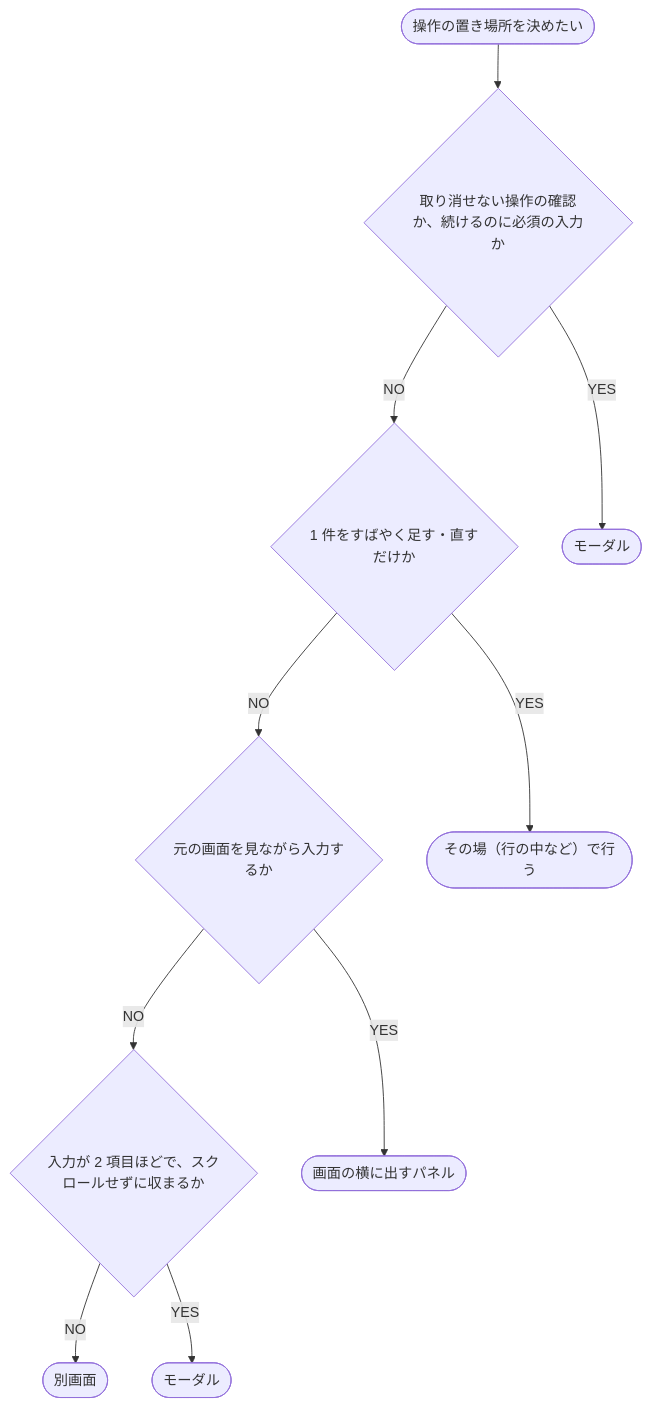
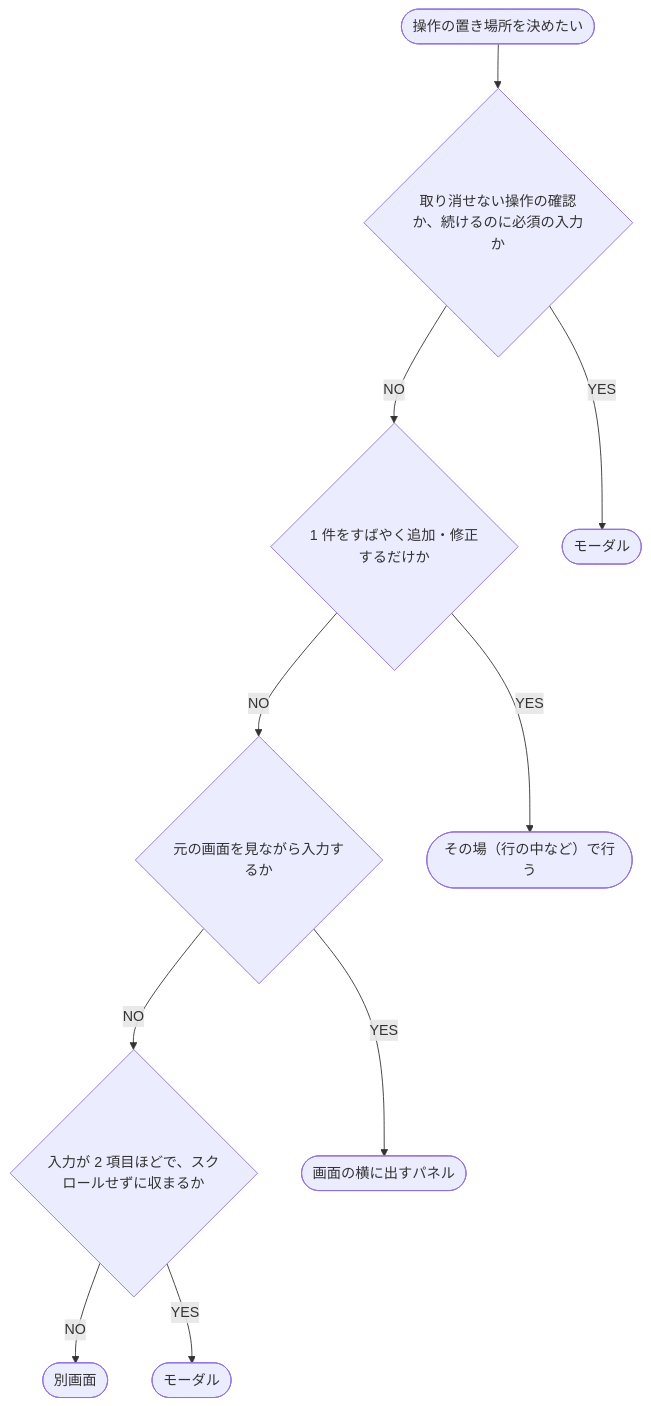
One commit to shuhei1101/knowledge changed the second of 2 diagrams in dev/コーディング規約/ui/画面の分け方.md. Above: the diagram before and after it, drawn with Mermaid. The commit also changed other lines of this file and 93 other files, not shown here.

````diff
--- a/dev/コーディング規約/ui/画面の分け方.md
+++ b/dev/コーディング規約/ui/画面の分け方.md
@@ -55,24 +55,24 @@
 ```mermaid
 flowchart TD
   START([操作の置き場所を決めたい])
   Q1{取り消せない操作の確認か、続けるのに必須の入力か}
-  Q2{1 件をすばやく足す・直すだけか}
+  Q2{1 件をすばやく追加・修正するだけか}
   Q3{元の画面を見ながら入力するか}
   Q4{入力が 2 項目ほどで、スクロールせずに収まるか}
 
   R1([モーダル])
   R2([その場（行の中など）で行う])
   R3([画面の横に出すパネル])
   R4([モーダル])
   R5([別画面])
 
   START --> Q1
   Q1 -->|YES| R1
   Q1 -->|NO| Q2
   Q2 -->|NO| Q3
   Q2 -->|YES| R2
   Q3 -->|YES| R3
   Q3 -->|NO| Q4
   Q4 -->|NO| R5
   Q4 -->|YES| R4
 ```
````
